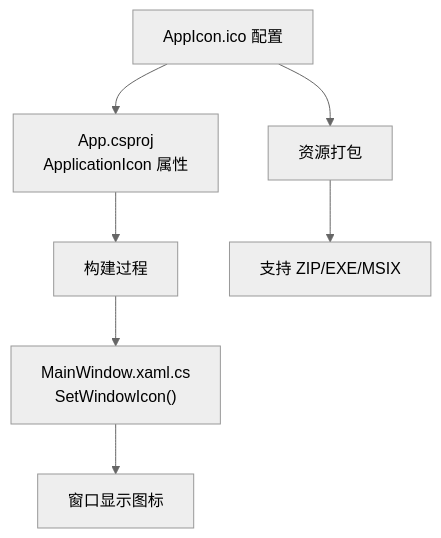
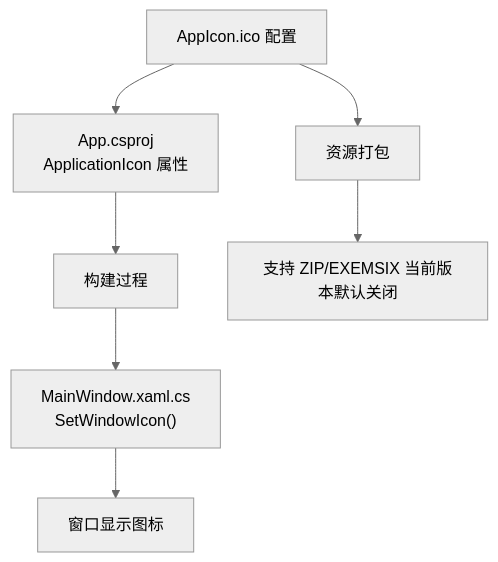
The seventh of 9 diagrams in .qoder/repowiki/zh/content/开发指南/部署与发布流程.md (terwer/autojs6-dev-tools), drawn with Mermaid (neutral theme) before and after one commit. The commit also changed other lines of this file and 3 other files, not shown here.

````diff
--- a/.qoder/repowiki/zh/content/开发指南/部署与发布流程.md
+++ b/.qoder/repowiki/zh/content/开发指南/部署与发布流程.md
@@ -399,9 +442,9 @@
 ```mermaid
 flowchart TD
 IconConfig["AppIcon.ico 配置"] --> AppProj["App.csproj<br/>ApplicationIcon 属性"]
 AppProj --> BuildProcess["构建过程"]
 BuildProcess --> WindowIcon["MainWindow.xaml.cs<br/>SetWindowIcon()"]
 WindowIcon --> DisplayIcon["窗口显示图标"]
 IconConfig --> ResourcePack["资源打包"]
-ResourcePack --> AllFormats["支持 ZIP/EXE/MSIX"]
+ResourcePack --> AllFormats["支持 ZIP/EXEMSIX 当前版本默认关闭"]
 ```
````
